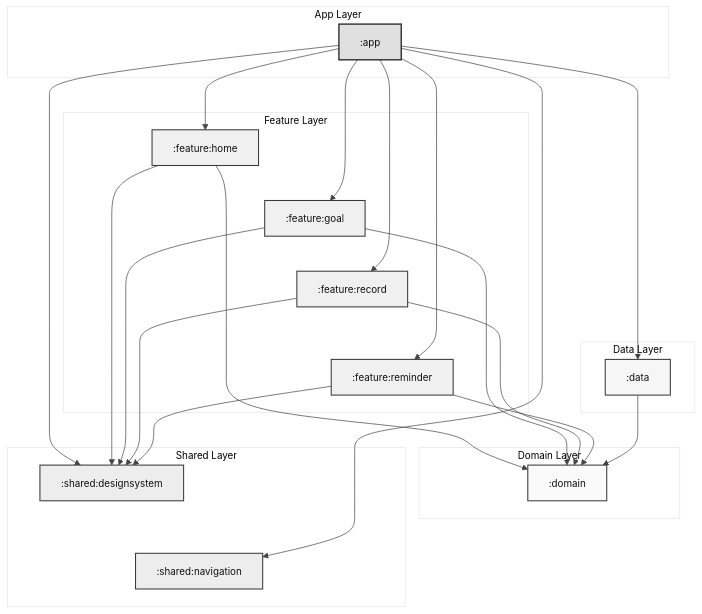
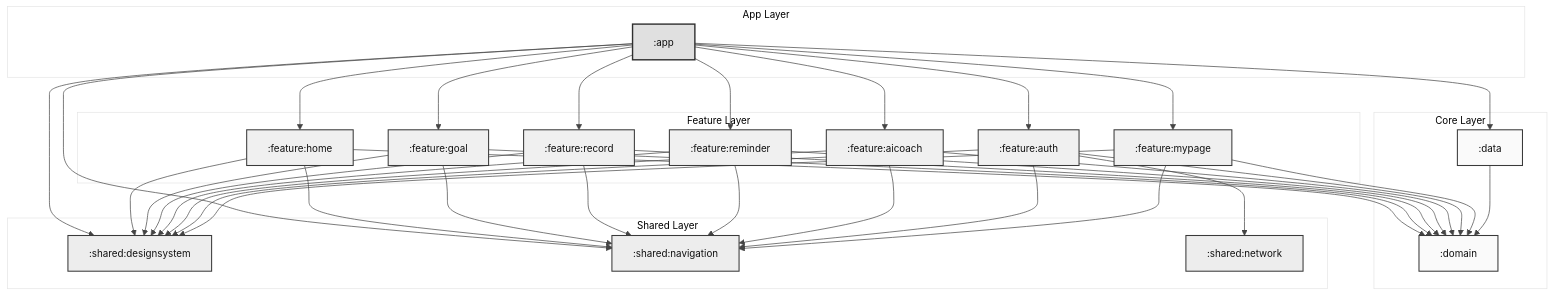
One commit to Jiyeong-kor/FitFlow changed the diagram in README.md. Above: the diagram before and after it, drawn with Mermaid. The commit also changed other lines of this file, not shown here.

Commit message:
docs: README의 GIF 이미지 크기 및 의존성 다이어그램 구조 수정
- README 기능 시연 섹션의 GIF 이미지 width 값 250에서 210으로 조정
- Mermaid 의존성 다이어그램의 Layer 구조 재정의 및 Core Layer 도입
- feature 계층에 aicoach, auth, mypage 모듈 추가
- shared 계층에 network 모듈 추가 및 auth 모듈과의 의존성 명시
- feature 모듈과 navigation 모듈 간 의존 관계 추가
- 불필요한 주석 및 layout 전용 링크 제거

````diff
--- a/README.md
+++ b/README.md
@@ -129,92 +129,76 @@
 }}%%
 
 flowchart TD
-  %% =========================
-  %% App Layer
-  %% =========================
   subgraph App_Layer["App Layer"]
     APP[":app"]
   end
 
-  %% =========================
-  %% Feature Layer
-  %% =========================
   subgraph Feature_Layer["Feature Layer"]
     HOME[":feature:home"]
     GOAL[":feature:goal"]
     RECORD[":feature:record"]
     REMINDER[":feature:reminder"]
-
-    %% layout only (no semantic meaning)
-    HOME ~~~ GOAL
-    GOAL ~~~ RECORD
-    RECORD ~~~ REMINDER
+    AICOACH[":feature:aicoach"]
+    AUTH[":feature:auth"]
+    MYPAGE[":feature:mypage"]
   end
 
-  %% =========================
-  %% Domain Layer
-  %% =========================
-  subgraph Domain_Layer["Domain Layer"]
+  subgraph Core_Layer["Core Layer"]
     DOMAIN[":domain"]
-  end
-
-  %% =========================
-  %% Data Layer
-  %% =========================
-  subgraph Data_Layer["Data Layer"]
     DATA[":data"]
   end
 
-  %% =========================
-  %% Shared Layer
-  %% =========================
   subgraph Shared_Layer["Shared Layer"]
     DS[":shared:designsystem"]
     NAV[":shared:navigation"]
-    
-    DS ~~~ NAV
+    NETWORK[":shared:network"]
   end
 
-  %% =========================
-  %% Dependencies (semantic)
-  %% =========================
+  APP --> DATA
+  APP --> DS
+  APP --> NAV
   APP --> HOME
   APP --> GOAL
   APP --> RECORD
   APP --> REMINDER
-  APP --> DATA
-  APP --> DS
-  APP --> NAV
+  APP --> AICOACH
+  APP --> AUTH
+  APP --> MYPAGE
 
   HOME --> DOMAIN
   GOAL --> DOMAIN
   RECORD --> DOMAIN
   REMINDER --> DOMAIN
+  AICOACH --> DOMAIN
+  AUTH --> DOMAIN
+  MYPAGE --> DOMAIN
 
   HOME --> DS
   GOAL --> DS
   RECORD --> DS
   REMINDER --> DS
+  AICOACH --> DS
+  AUTH --> DS
+  MYPAGE --> DS
+
+  HOME --> NAV
+  GOAL --> NAV
+  RECORD --> NAV
+  REMINDER --> NAV
+  AICOACH --> NAV
+  AUTH --> NAV
+  MYPAGE --> NAV
 
   DATA --> DOMAIN
+  AUTH --> NETWORK
 
-  %% =========================
-  %% Monotone Styling (lightness only)
-  %% =========================
   classDef app fill:#e0e0e0,stroke:#2f2f2f,stroke-width:2px,color:#111;
   classDef feature fill:#f0f0f0,stroke:#3a3a3a,stroke-width:1.5px,color:#111;
-  classDef domain fill:#fafafa,stroke:#3a3a3a,stroke-width:1.5px,color:#111;
-  classDef data fill:#f6f6f6,stroke:#3a3a3a,stroke-width:1.5px,color:#111;
+  classDef core fill:#fafafa,stroke:#3a3a3a,stroke-width:1.5px,color:#111;
   classDef shared fill:#ededed,stroke:#3a3a3a,stroke-width:1.5px,color:#111;
 
   class APP app;
-  class HOME,GOAL,RECORD,REMINDER feature;
-  class DOMAIN domain;
-  class DATA data;
-  class DS,NAV shared;
-  %% =========================
-  %% Hide layout-only links
-  %% (HOME~GOAL, GOAL~RECORD, RECORD~REMINDER)
-  %% =========================
-  linkStyle 0,1,2 stroke-width:0px;
+  class HOME,GOAL,RECORD,REMINDER,AICOACH,AUTH,MYPAGE feature;
+  class DOMAIN,DATA core;
+  class DS,NAV,NETWORK shared;
 ```
````
